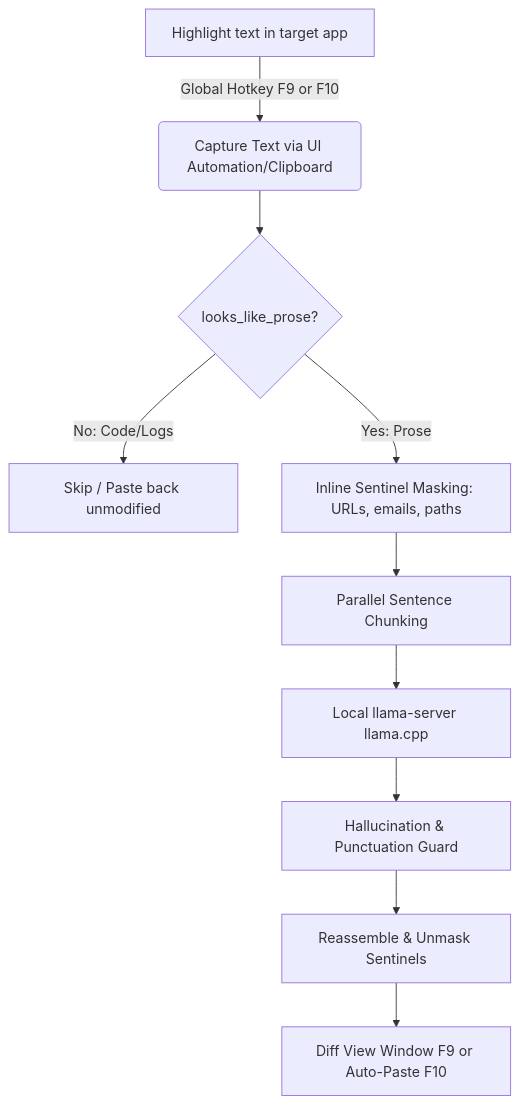
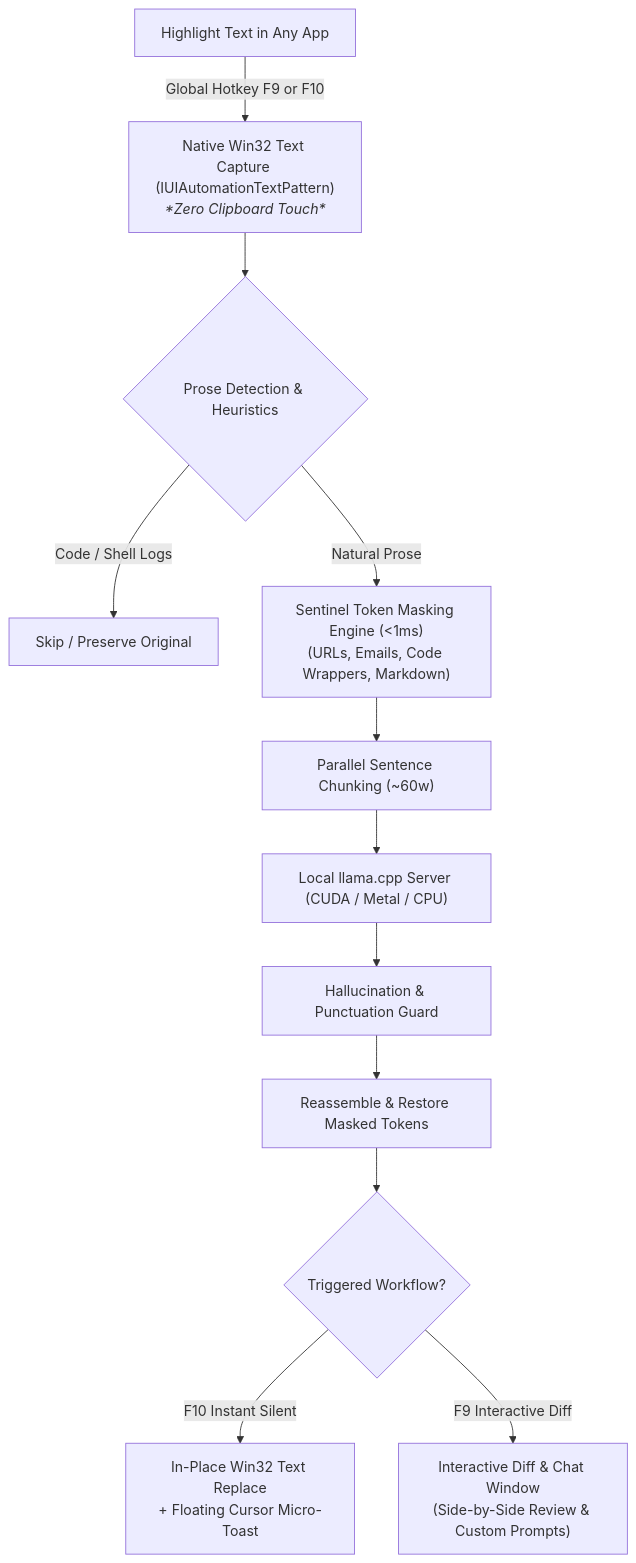
One commit to AmrZriek/Stet changed the diagram in README.md. Above: the diagram before and after it, drawn with Mermaid. The commit also changed other lines of this file and 92 other files, not shown here.

First line of the commit message:
feat: release v1.2.0 — macOS alpha, correction history, backend manager, diff UX, protection engine

````diff
--- a/README.md
+++ b/README.md
@@ -40,12 +86,14 @@
 ```mermaid
 graph TD
-    A[Highlight text in target app] -->|Global Hotkey F9 or F10| B(Capture Text via UI Automation/Clipboard)
-    B --> C{looks_like_prose?}
-    C -->|No: Code/Logs| D[Skip / Paste back unmodified]
-    C -->|Yes: Prose| E[Inline Sentinel Masking: URLs, emails, paths]
-    E --> F[Parallel Sentence Chunking]
-    F --> G[Local llama-server llama.cpp]
-    G --> H[Hallucination & Punctuation Guard]
-    H --> I[Reassemble & Unmask Sentinels]
-    I --> J[Diff View Window F9 or Auto-Paste F10]
+    A["Highlight Text in Any App"] -->|Global Hotkey F9 or F10| B["Native Win32 Text Capture (IUIAutomationTextPattern)<br><i>*Zero Clipboard Touch*</i>"]
+    B --> C{"Prose Detection & Heuristics"}
+    C -->|Code / Shell Logs| D["Skip / Preserve Original"]
+    C -->|Natural Prose| E["Sentinel Token Masking Engine (&lt;1ms)<br>(URLs, Emails, Code Wrappers, Markdown)"]
+    E --> F["Parallel Sentence Chunking (~60w)"]
+    F --> G["Local llama.cpp Server (CUDA / Metal / CPU)"]
+    G --> H["Hallucination & Punctuation Guard"]
+    H --> I["Reassemble & Restore Masked Tokens"]
+    I --> J{"Triggered Workflow?"}
+    J -->|F10 Instant Silent| K["In-Place Win32 Text Replace<br>+ Floating Cursor Micro-Toast"]
+    J -->|F9 Interactive Diff| L["Interactive Diff & Chat Window<br>(Side-by-Side Review & Custom Prompts)"]
 ```
````
